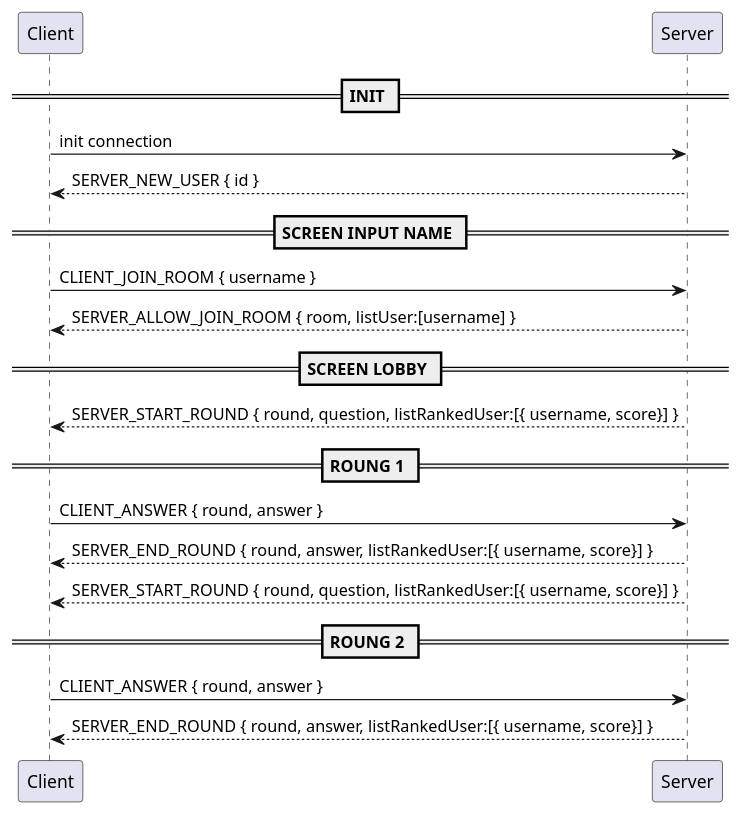
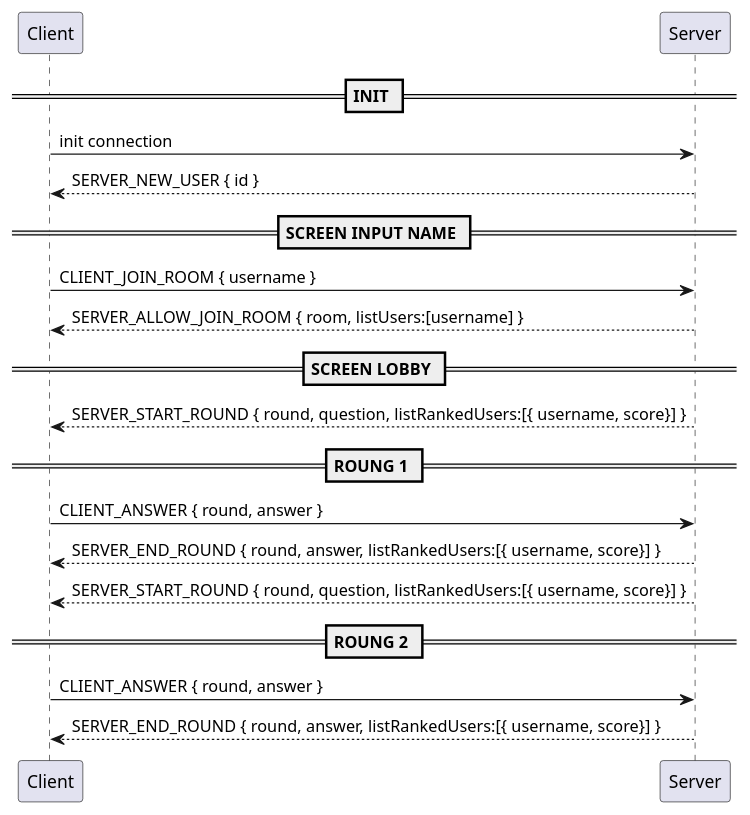
One commit to lamnguyen5464/racing-arena-server changed the diagram in docs/flow.plantuml. Above: the diagram before and after it, drawn with PlantUML. The commit also changed 14 other files, not shown here.

```diff
--- a/docs/flow.plantuml
+++ b/docs/flow.plantuml
@@ -1,31 +1,31 @@
 @startuml
 
 == INIT ==
 Client -> Server: init connection
 Server --> Client: SERVER_NEW_USER { id }
 
 
 == SCREEN INPUT NAME ==
 Client -> Server: CLIENT_JOIN_ROOM { username }
-Server --> Client: SERVER_ALLOW_JOIN_ROOM { room, listUser:[username] }
+Server --> Client: SERVER_ALLOW_JOIN_ROOM { room, listUsers:[username] }
 
 == SCREEN LOBBY ==
 
-Server --> Client: SERVER_START_ROUND { round, question, listRankedUser:[{ username, score}] }
+Server --> Client: SERVER_START_ROUND { round, question, listRankedUsers:[{ username, score}] }
 
 == ROUNG 1 ==
 
 Client -> Server: CLIENT_ANSWER { round, answer }
-Server --> Client: SERVER_END_ROUND { round, answer, listRankedUser:[{ username, score}] }
+Server --> Client: SERVER_END_ROUND { round, answer, listRankedUsers:[{ username, score}] }
 
-Server --> Client: SERVER_START_ROUND { round, question, listRankedUser:[{ username, score}] }
+Server --> Client: SERVER_START_ROUND { round, question, listRankedUsers:[{ username, score}] }
 
 
 == ROUNG 2 ==
 Client -> Server: CLIENT_ANSWER { round, answer }
-Server --> Client: SERVER_END_ROUND { round, answer, listRankedUser:[{ username, score}] }
+Server --> Client: SERVER_END_ROUND { round, answer, listRankedUsers:[{ username, score}] }
 
 
 
 
 @enduml
```
